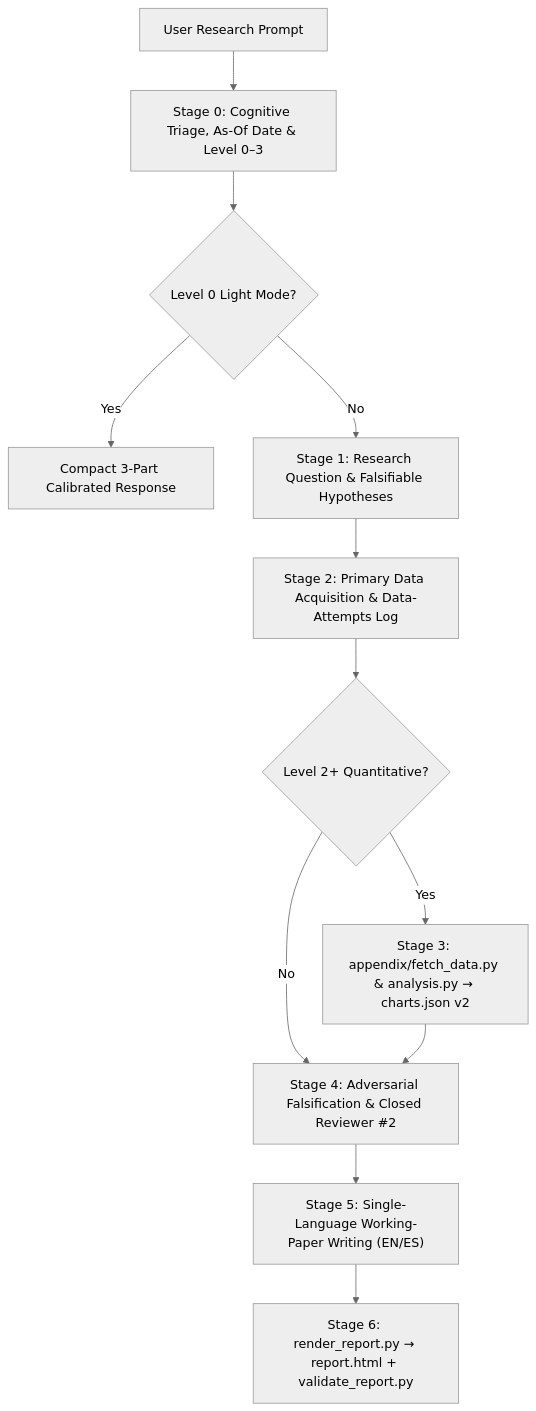
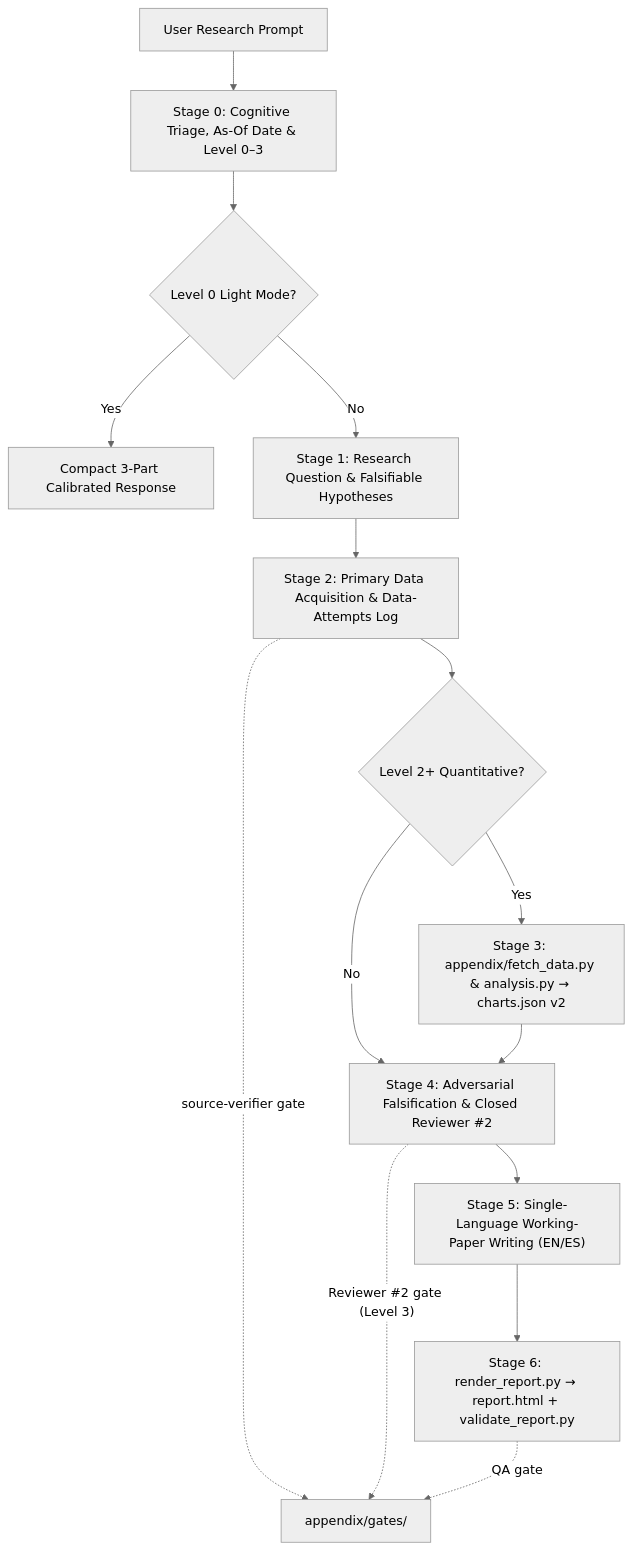
One commit to 777aeterna/heurisma changed the diagram in README.md. Above: the diagram before and after it, drawn with Mermaid (neutral theme). The commit also changed other lines of this file and 39 other files, not shown here.

````diff
--- a/README.md
+++ b/README.md
@@ -43,14 +44,17 @@
 ```mermaid
 flowchart TD
     U["User Research Prompt"] --> S0["Stage 0: Cognitive Triage, As-Of Date & Level 0–3"]
     S0 --> L0{"Level 0 Light Mode?"}
     L0 -- Yes --> FAST["Compact 3-Part Calibrated Response"]
     L0 -- No --> S1["Stage 1: Research Question & Falsifiable Hypotheses"]
     S1 --> S2["Stage 2: Primary Data Acquisition & Data-Attempts Log"]
     S2 --> D{"Level 2+ Quantitative?"}
     D -- Yes --> S3["Stage 3: appendix/fetch_data.py & analysis.py → charts.json v2"]
     D -- No --> S4["Stage 4: Adversarial Falsification & Closed Reviewer #2"]
     S3 --> S4
     S4 --> S5["Stage 5: Single-Language Working-Paper Writing (EN/ES)"]
     S5 --> S6["Stage 6: render_report.py → report.html + validate_report.py"]
+    S2 -. "source-verifier gate" .-> G["appendix/gates/"]
+    S4 -. "Reviewer #2 gate (Level 3)" .-> G
+    S6 -. "QA gate" .-> G
 ```
````
